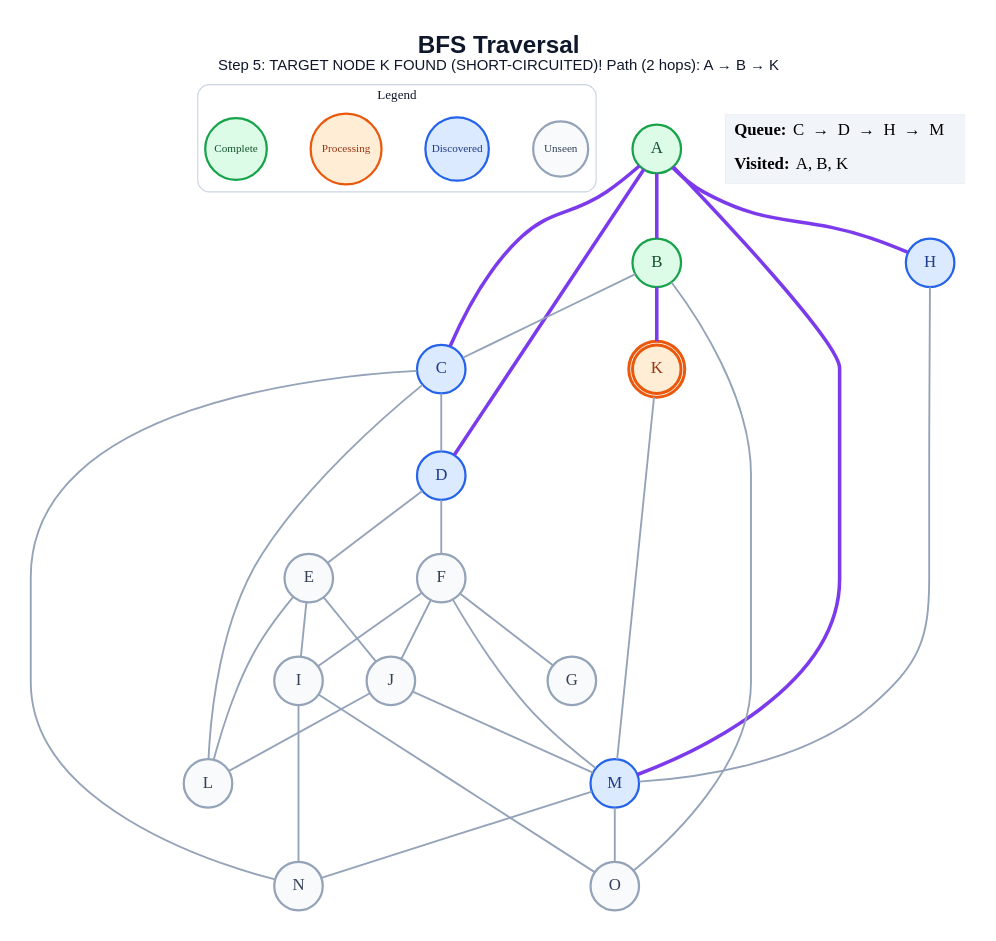
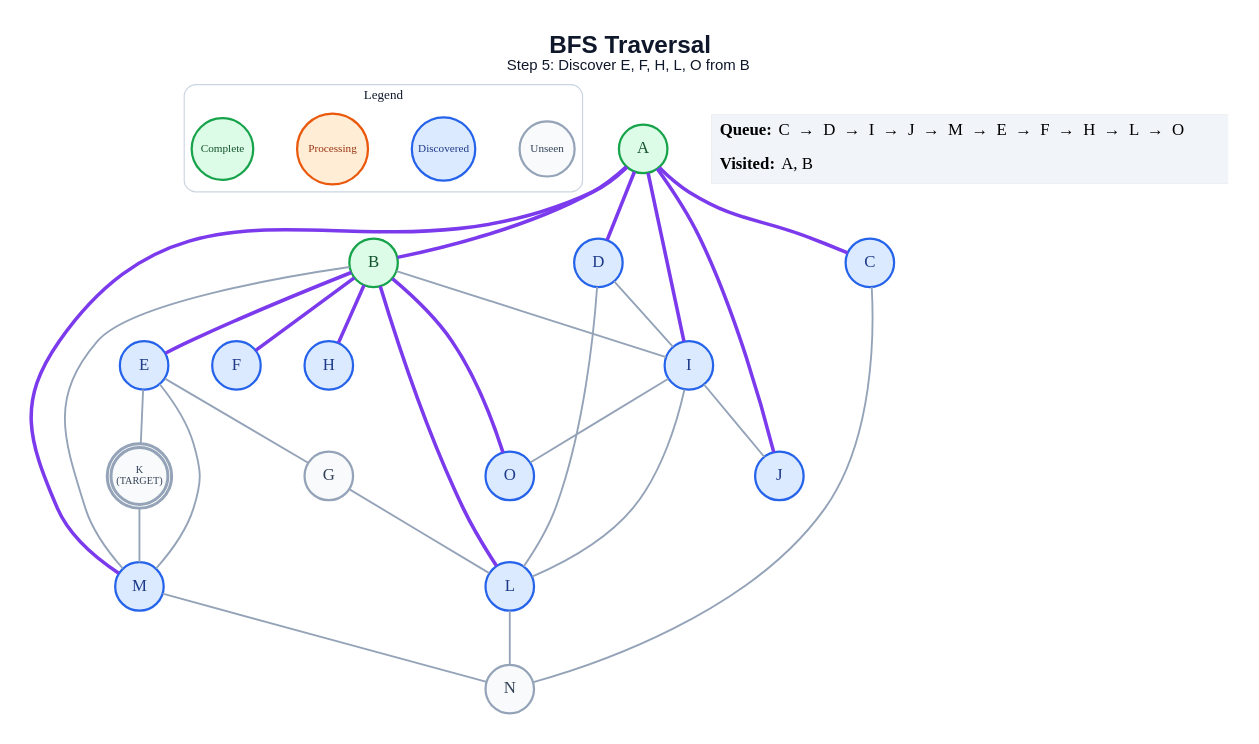
One commit to anon7238593-create/ai-slop changed the diagram in generated/short-circuit/bfs/step_05.dot. Above: the diagram before and after it, drawn with Graphviz. The commit also changed 223 other files, not shown here.

```diff
--- a/generated/short-circuit/bfs/step_05.dot
+++ b/generated/short-circuit/bfs/step_05.dot
@@ -1,62 +1,60 @@
 graph traversal {
   graph [layout=dot, rankdir=TB, bgcolor="#FFFFFF", pad="0.35", nodesep="0.65", ranksep="0.8", fontname="Arial"];
   node [shape=circle, style="filled", fontname="Arial Bold", fontsize=18, width=0.72, fixedsize=true, penwidth=2.4];
   edge [color="#94A3B8", penwidth=2.0];
-  label=<<B>BFS Traversal</B><BR/><FONT POINT-SIZE="16">Step 5: TARGET NODE K FOUND (SHORT-CIRCUITED)! Path (2 hops): A → B → K</FONT>>; labelloc="t"; fontsize=26; fontname="Arial"; fontcolor="#0F172A";
+  label=<<B>BFS Traversal</B><BR/><FONT POINT-SIZE="16">Step 5: Discover E, F, H, L, O from B</FONT>>; labelloc="t"; fontsize=26; fontname="Arial"; fontcolor="#0F172A";
   subgraph cluster_legend { label="Legend"; color="#CBD5E1"; penwidth=1.2; style="rounded"; fontsize=14; fontname="Arial Bold";
     key_unseen [label="Unseen", fillcolor="#F8FAFC", color="#94A3B8", fontcolor="#334155", fontsize=12, width=0.82];
     key_frontier [label="Discovered", fillcolor="#DBEAFE", color="#2563EB", fontcolor="#1E3A8A", fontsize=12, width=0.95];
     key_current [label="Processing", fillcolor="#FFEDD5", color="#EA580C", fontcolor="#9A3412", fontsize=12, width=1.05];
     key_done [label="Complete", fillcolor="#DCFCE7", color="#16A34A", fontcolor="#14532D", fontsize=12, width=0.92];
     { rank=same; key_unseen; key_frontier; key_current; key_done; }
   }
   A [label="A", fillcolor="#DCFCE7", color="#16A34A", fontcolor="#14532D", peripheries=1, penwidth=2.4];
   B [label="B", fillcolor="#DCFCE7", color="#16A34A", fontcolor="#14532D", peripheries=1, penwidth=2.4];
   C [label="C", fillcolor="#DBEAFE", color="#2563EB", fontcolor="#1E3A8A", peripheries=1, penwidth=2.4];
   D [label="D", fillcolor="#DBEAFE", color="#2563EB", fontcolor="#1E3A8A", peripheries=1, penwidth=2.4];
-  E [label="E", fillcolor="#F8FAFC", color="#94A3B8", fontcolor="#334155", peripheries=1, penwidth=2.4];
-  F [label="F", fillcolor="#F8FAFC", color="#94A3B8", fontcolor="#334155", peripheries=1, penwidth=2.4];
+  E [label="E", fillcolor="#DBEAFE", color="#2563EB", fontcolor="#1E3A8A", peripheries=1, penwidth=2.4];
+  F [label="F", fillcolor="#DBEAFE", color="#2563EB", fontcolor="#1E3A8A", peripheries=1, penwidth=2.4];
   G [label="G", fillcolor="#F8FAFC", color="#94A3B8", fontcolor="#334155", peripheries=1, penwidth=2.4];
   H [label="H", fillcolor="#DBEAFE", color="#2563EB", fontcolor="#1E3A8A", peripheries=1, penwidth=2.4];
-  I [label="I", fillcolor="#F8FAFC", color="#94A3B8", fontcolor="#334155", peripheries=1, penwidth=2.4];
-  J [label="J", fillcolor="#F8FAFC", color="#94A3B8", fontcolor="#334155", peripheries=1, penwidth=2.4];
-  K [label="K", fillcolor="#FFEDD5", color="#EA580C", fontcolor="#9A3412", peripheries=2, penwidth=3.2];
-  L [label="L", fillcolor="#F8FAFC", color="#94A3B8", fontcolor="#334155", peripheries=1, penwidth=2.4];
+  I [label="I", fillcolor="#DBEAFE", color="#2563EB", fontcolor="#1E3A8A", peripheries=1, penwidth=2.4];
+  J [label="J", fillcolor="#DBEAFE", color="#2563EB", fontcolor="#1E3A8A", peripheries=1, penwidth=2.4];
+  K [label="K\n(TARGET)", fillcolor="#F8FAFC", color="#94A3B8", fontcolor="#334155", peripheries=2, penwidth=3.2, fontsize=11, width=0.85, height=0.85];
+  L [label="L", fillcolor="#DBEAFE", color="#2563EB", fontcolor="#1E3A8A", peripheries=1, penwidth=2.4];
   M [label="M", fillcolor="#DBEAFE", color="#2563EB", fontcolor="#1E3A8A", peripheries=1, penwidth=2.4];
   N [label="N", fillcolor="#F8FAFC", color="#94A3B8", fontcolor="#334155", peripheries=1, penwidth=2.4];
-  O [label="O", fillcolor="#F8FAFC", color="#94A3B8", fontcolor="#334155", peripheries=1, penwidth=2.4];
+  O [label="O", fillcolor="#DBEAFE", color="#2563EB", fontcolor="#1E3A8A", peripheries=1, penwidth=2.4];
   A -- B [color="#7C3AED", penwidth=3.8];
   A -- C [color="#7C3AED", penwidth=3.8];
   A -- D [color="#7C3AED", penwidth=3.8];
-  A -- H [color="#7C3AED", penwidth=3.8];
+  A -- I [color="#7C3AED", penwidth=3.8];
+  A -- J [color="#7C3AED", penwidth=3.8];
   A -- M [color="#7C3AED", penwidth=3.8];
-  B -- C;
-  B -- K [color="#7C3AED", penwidth=3.8];
-  B -- O;
-  C -- D;
-  C -- L;
+  B -- E [color="#7C3AED", penwidth=3.8];
+  B -- F [color="#7C3AED", penwidth=3.8];
+  B -- H [color="#7C3AED", penwidth=3.8];
+  B -- I;
+  B -- L [color="#7C3AED", penwidth=3.8];
+  B -- M;
+  B -- O [color="#7C3AED", penwidth=3.8];
   C -- N;
-  D -- E;
-  D -- F;
-  E -- I;
-  E -- J;
-  E -- L;
-  F -- G;
-  F -- I;
-  F -- J;
-  F -- M;
-  H -- M;
-  I -- N;
+  D -- I;
+  D -- L;
+  E -- G;
+  E -- K;
+  E -- M;
+  G -- L;
+  I -- J;
+  I -- L;
   I -- O;
-  J -- L;
-  J -- M;
   K -- M;
+  L -- N;
   M -- N;
-  M -- O;
   status [shape=plain, fixedsize=false, width=0, height=0, margin=0, label=<
     <TABLE BORDER="0" CELLBORDER="0" CELLPADDING="7" BGCOLOR="#F1F5F9">
-      <TR><TD ALIGN="LEFT"><B>Queue:</B> C  →  D  →  H  →  M</TD></TR>
-      <TR><TD ALIGN="LEFT"><B>Visited:</B> A, B, K</TD></TR>
+      <TR><TD ALIGN="LEFT"><B>Queue:</B> C  →  D  →  I  →  J  →  M  →  E  →  F  →  H  →  L  →  O</TD></TR>
+      <TR><TD ALIGN="LEFT"><B>Visited:</B> A, B</TD></TR>
     </TABLE>
   >];
 }
```
